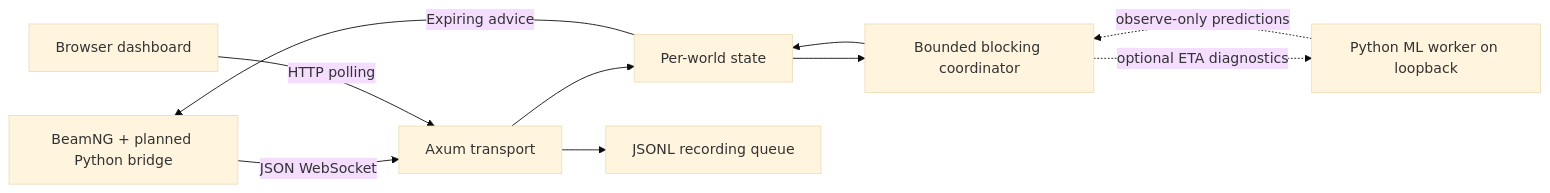
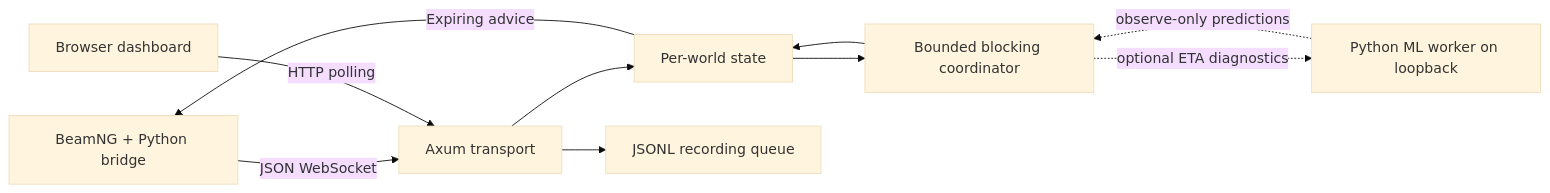
Before and after one commit to vinnavannewton/uriel: the diagram in AI-Wiki/Projects/IBM/wiki/architecture.md, drawn with Mermaid (base theme). The commit also changed other lines of this file and 32 other files, not shown here.

````diff
--- a/AI-Wiki/Projects/IBM/wiki/architecture.md
+++ b/AI-Wiki/Projects/IBM/wiki/architecture.md
@@ -15,12 +15,12 @@
 ```mermaid
 flowchart LR
-  B[BeamNG + planned Python bridge] -->|JSON WebSocket| T[Axum transport]
+  B[BeamNG + Python bridge] -->|JSON WebSocket| T[Axum transport]
   T --> W[Per-world state]
   W --> C[Bounded blocking coordinator]
   C --> W
   C -. optional ETA diagnostics .-> M[Python ML worker on loopback]
   M -. observe-only predictions .-> C
   W -->|Expiring advice| B
   T --> R[JSONL recording queue]
   D[Browser dashboard] -->|HTTP polling| T
 ```
````
